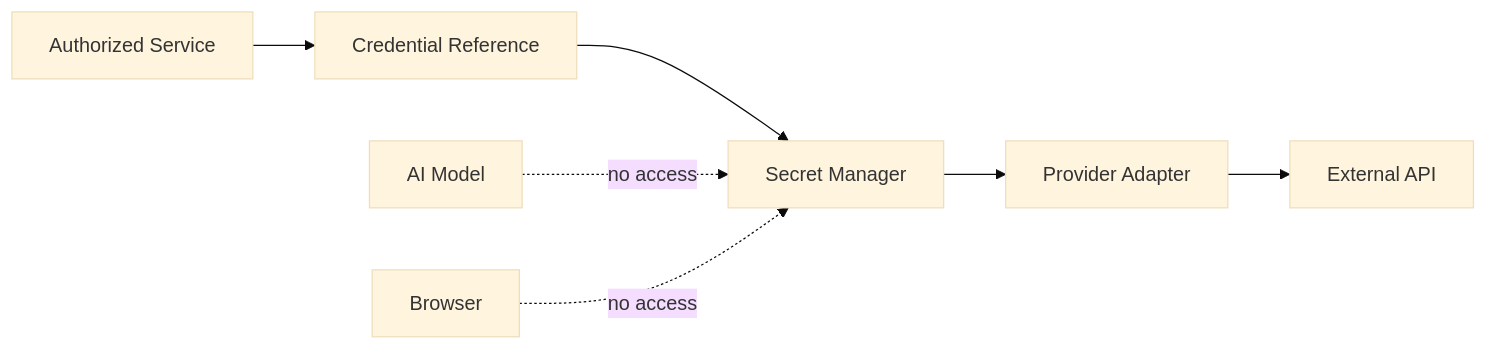
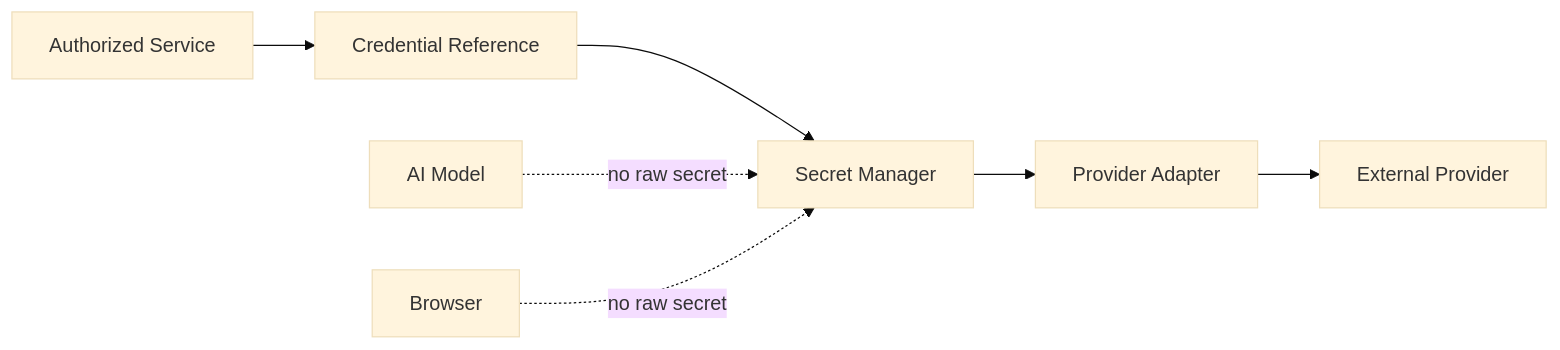
The first of 2 diagrams in docs/security/secrets.md (D-engahmed/OMILINKS), drawn with Mermaid (base theme) before and after one commit. The commit also changed other lines of this file and 4 other files, not shown here.

```diff
--- a/docs/security/secrets.md
+++ b/docs/security/secrets.md
@@ -66,9 +19,9 @@
 ~~~mermaid
 flowchart LR
 SERVICE[Authorized Service] --> REF[Credential Reference]
 REF --> SM[Secret Manager]
 SM --> ADAPTER[Provider Adapter]
-ADAPTER --> PROVIDER[External API]
-MODEL[AI Model] -. no access .-> SM
-BROWSER[Browser] -. no access .-> SM
+ADAPTER --> EXT[External Provider]
+MODEL[AI Model] -. no raw secret .-> SM
+WEB[Browser] -. no raw secret .-> SM
 ~~~
```
